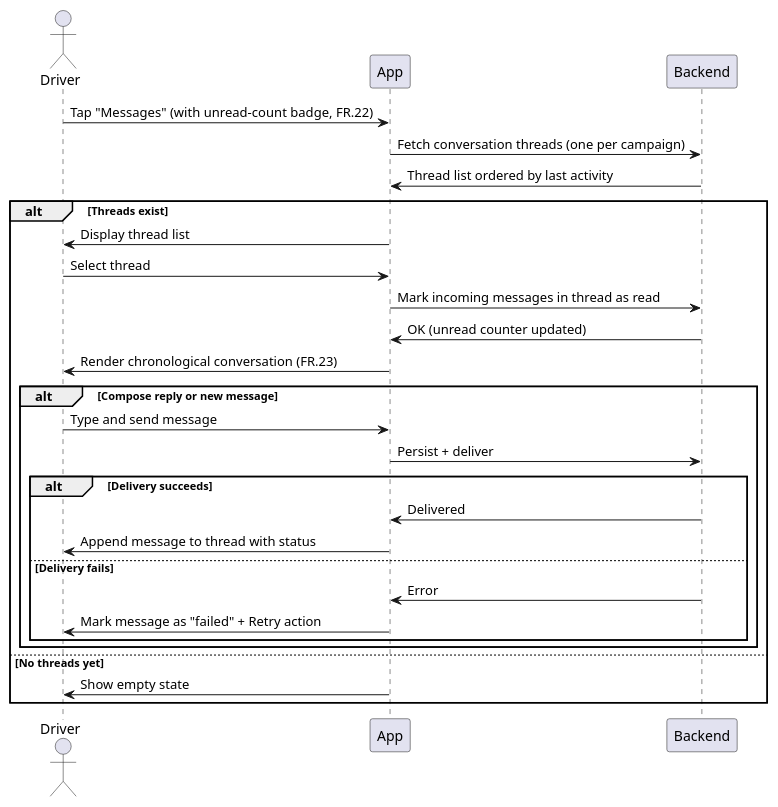
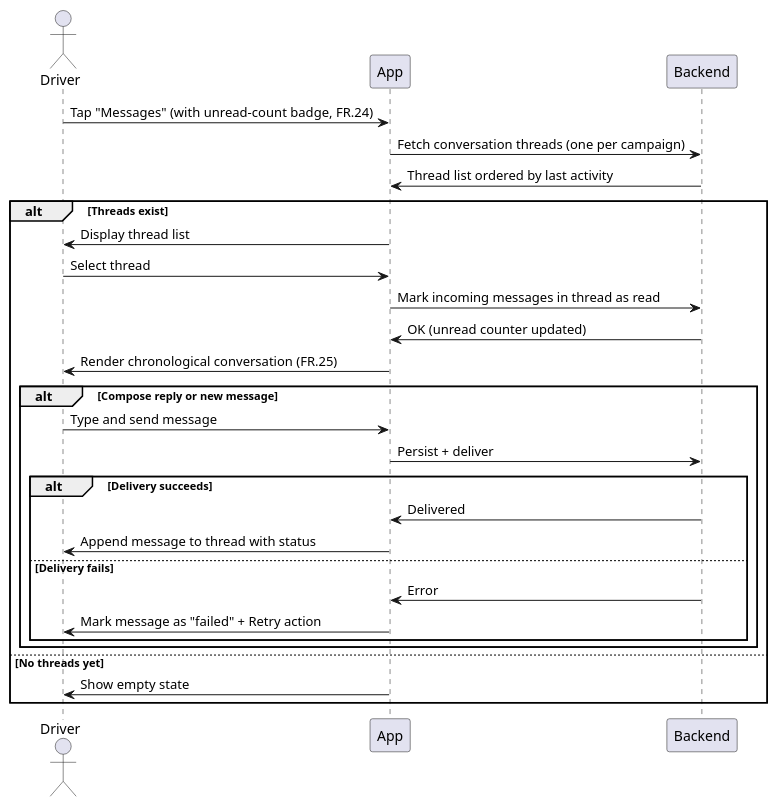
The diagram in DOCS/Usecases/User/MessageCompany/MessageCompanyDiagram.puml (TheXik/Ad-on-Wheels), drawn with PlantUML before and after one commit. The commit also changed 16 other files, not shown here.

```diff
--- a/DOCS/Usecases/User/MessageCompany/MessageCompanyDiagram.puml
+++ b/DOCS/Usecases/User/MessageCompany/MessageCompanyDiagram.puml
@@ -1,31 +1,31 @@
 @startuml MessageCompany
 actor Driver
 
-Driver -> App : Tap "Messages" (with unread-count badge, FR.22)
+Driver -> App : Tap "Messages" (with unread-count badge, FR.24)
 App -> Backend : Fetch conversation threads (one per campaign)
 Backend -> App : Thread list ordered by last activity
 
 alt Threads exist
     App -> Driver : Display thread list
     Driver -> App : Select thread
     App -> Backend : Mark incoming messages in thread as read
     Backend -> App : OK (unread counter updated)
-    App -> Driver : Render chronological conversation (FR.23)
+    App -> Driver : Render chronological conversation (FR.25)
 
     alt Compose reply or new message
         Driver -> App : Type and send message
         App -> Backend : Persist + deliver
         alt Delivery succeeds
             Backend -> App : Delivered
             App -> Driver : Append message to thread with status
         else Delivery fails
             Backend -> App : Error
             App -> Driver : Mark message as "failed" + Retry action
         end
     end
 
 else No threads yet
     App -> Driver : Show empty state
 end
 
 @enduml
```
